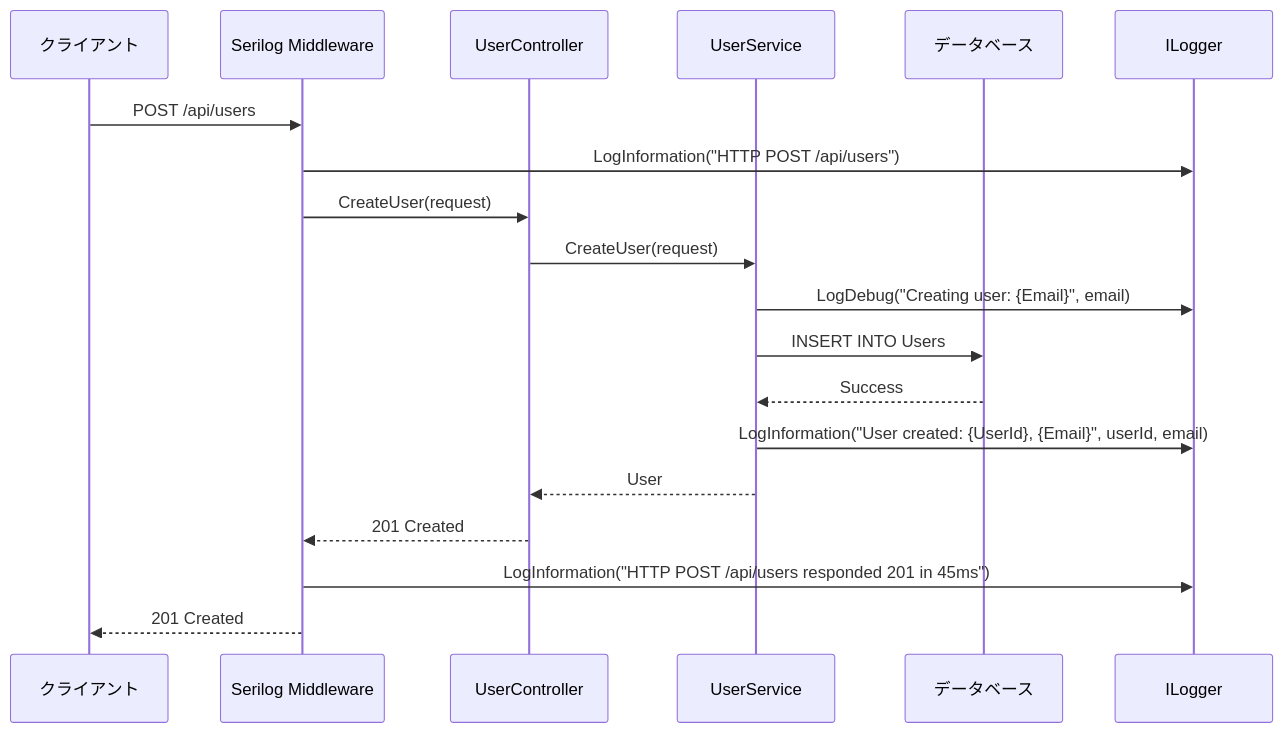
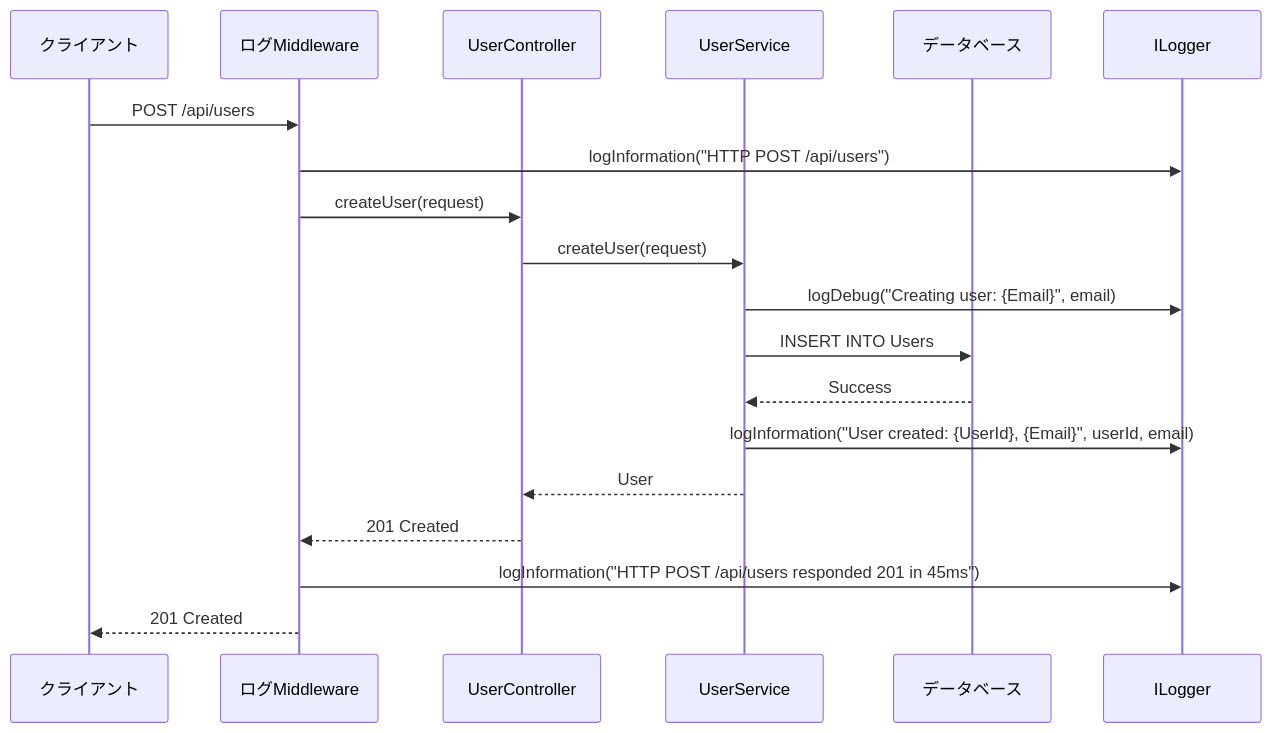
One commit to RYA234/dotnet_container changed the seventh of 9 diagrams in .github/docs/common-design/logging.md. Above: the diagram before and after it, drawn with Mermaid. The commit also changed other lines of this file, not shown here.

````diff
--- a/.github/docs/common-design/logging.md
+++ b/.github/docs/common-design/logging.md
@@ -234,26 +275,26 @@
 ```mermaid
 sequenceDiagram
     participant Client as クライアント
-    participant Middleware as Serilog Middleware
+    participant Middleware as ログMiddleware
     participant Controller as UserController
     participant Service as UserService
     participant DB as データベース
     participant Logger as ILogger
 
     Client->>Middleware: POST /api/users
-    Middleware->>Logger: LogInformation("HTTP POST /api/users")
-    Middleware->>Controller: CreateUser(request)
-    
-    Controller->>Service: CreateUser(request)
-    Service->>Logger: LogDebug("Creating user: {Email}", email)
-    
+    Middleware->>Logger: logInformation("HTTP POST /api/users")
+    Middleware->>Controller: createUser(request)
+
+    Controller->>Service: createUser(request)
+    Service->>Logger: logDebug("Creating user: {Email}", email)
+
     Service->>DB: INSERT INTO Users
     DB-->>Service: Success
-    
-    Service->>Logger: LogInformation("User created: {UserId}, {Email}", userId, email)
+
+    Service->>Logger: logInformation("User created: {UserId}, {Email}", userId, email)
     Service-->>Controller: User
-    
+
     Controller-->>Middleware: 201 Created
-    Middleware->>Logger: LogInformation("HTTP POST /api/users responded 201 in 45ms")
+    Middleware->>Logger: logInformation("HTTP POST /api/users responded 201 in 45ms")
     Middleware-->>Client: 201 Created
 ```
````
